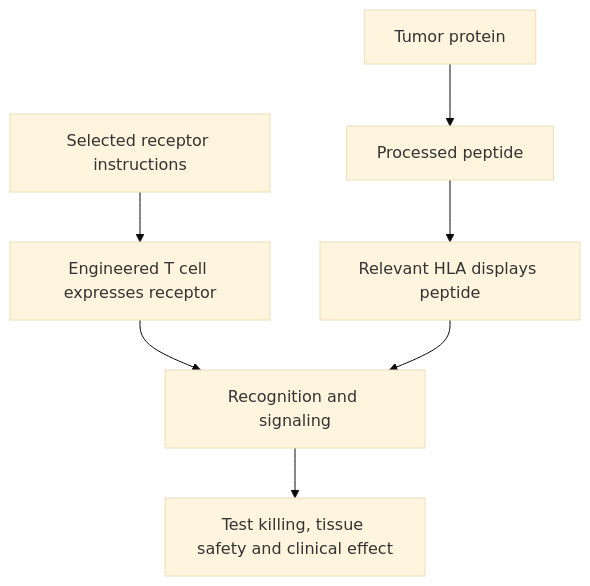
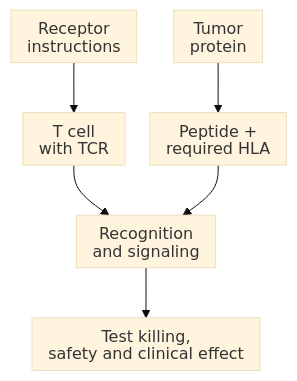
One commit to jasonLaster/oncoguide changed the diagram in wiki/education/concepts/therapeutics/cell-therapies/tcr-t.md. Above: the diagram before and after it, drawn with Mermaid (base theme). The commit also changed other lines of this file and 43 other files, not shown here.

Commit message:
education: sync engineered-cell curriculum and native diagram settings

````diff
--- a/wiki/education/concepts/therapeutics/cell-therapies/tcr-t.md
+++ b/wiki/education/concepts/therapeutics/cell-therapies/tcr-t.md
@@ -42,9 +44,9 @@
 ```mermaid
+%%{init: {"htmlLabels":false,"flowchart":{"htmlLabels":false,"padding":8,"nodeSpacing":25}}}%%
 flowchart TD
-  A["Selected receptor instructions"] --> B["Engineered T cell expresses receptor"]
-  C["Tumor protein"] --> D["Processed peptide"]
-  D --> E["Relevant HLA displays peptide"]
-  B --> F["Recognition and signaling"]
-  E --> F
-  F --> G["Test killing, tissue safety and clinical effect"]
+  A["Receptor<br/>instructions"] --> B["T cell<br/>with TCR"]
+  C["Tumor<br/>protein"] --> D["Peptide +<br/>required HLA"]
+  B --> E["Recognition<br/>and signaling"]
+  D --> E
+  E --> F["Test killing,<br/>safety and clinical effect"]
 ```
````
